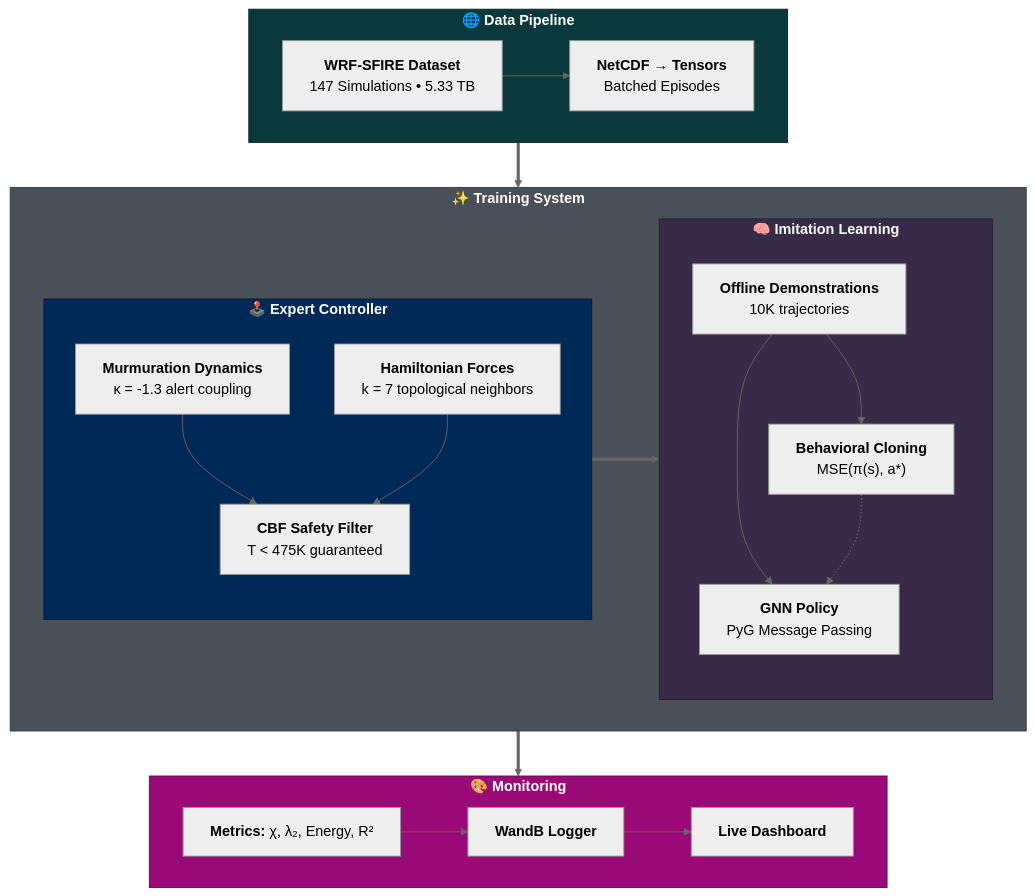
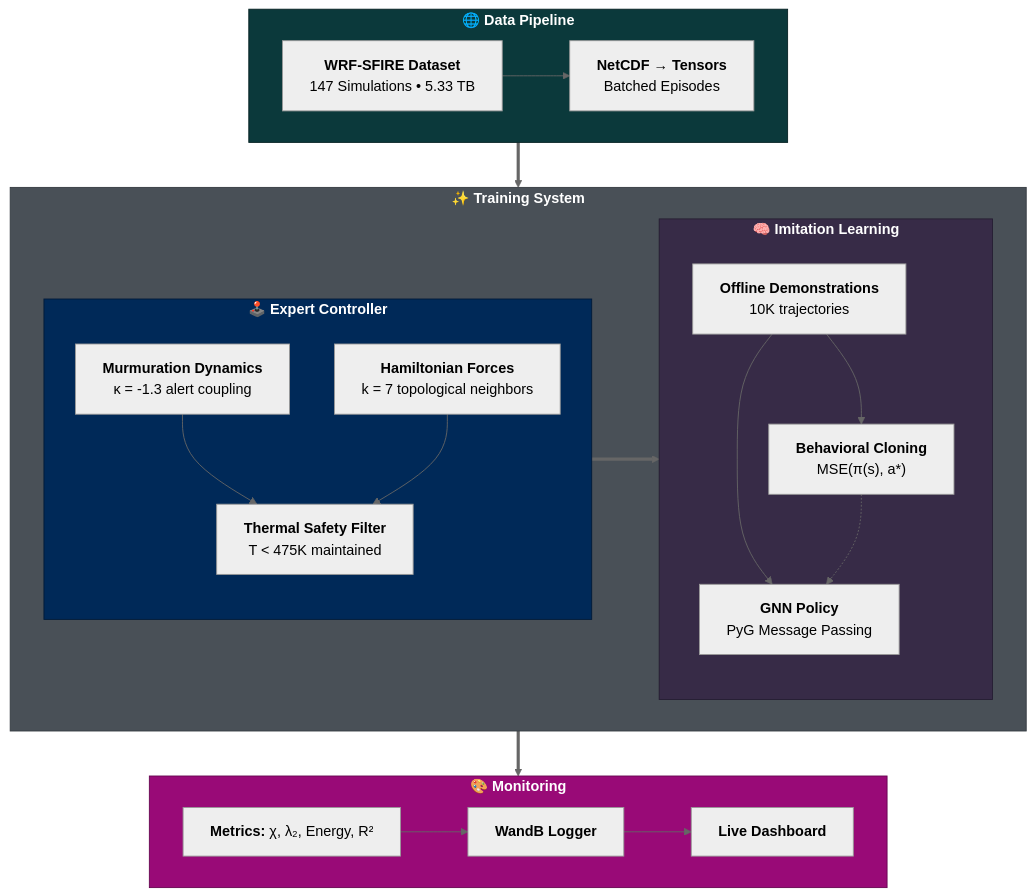
The diagram in README.md (Jybbs/Thermur), drawn with Mermaid (neutral theme) before and after one commit. The commit also changed other lines of this file and 10 other files, not shown here.

````diff
--- a/README.md
+++ b/README.md
@@ -75,48 +74,48 @@
 ```mermaid
 flowchart TB
     subgraph Data["🌐 <b>Data Pipeline</b>"]
         A["<b>WRF-SFIRE Dataset</b><br/>147 Simulations • 5.33 TB"]
         B["<b>NetCDF → Tensors</b><br/>Batched Episodes"]
         A --> B
     end
 
     subgraph Training["✨ <b>Training System</b>"]
         subgraph Expert["🕹️ <b>Expert Controller</b>"]
             direction TB
             C["<b>Murmuration Dynamics</b><br/>κ = -1.3 alert coupling"]
             D["<b>Hamiltonian Forces</b><br/>k = 7 topological neighbors"]
-            E["<b>CBF Safety Filter</b><br/>T < 475K guaranteed"]
+            E["<b>Thermal Safety Filter</b><br/>T < 475K maintained"]
             C --> E
             D --> E
         end
 
         subgraph Learning["🧠 <b>Imitation Learning</b>"]
             direction TB
             F["<b>Offline Demonstrations</b><br/>10K trajectories"]
             G["<b>GNN Policy</b><br/>PyG Message Passing"]
             H["<b>Behavioral Cloning</b><br/>MSE(π(s), a*)"]
             F --> G
             F --> H
         end
 
         E ==> F
         H -.-> G
     end
 
     subgraph Monitor["🎨 <b>Monitoring</b>"]
         I["<b>Metrics:</b> χ, λ₂, Energy, R²"]
         J["<b>WandB Logger</b>"]
         K["<b>Live Dashboard</b>"]
         I --> J
         J --> K
     end
 
     Data ==> Training
     Training ==> Monitor
 
     style Data fill:#0b393b,stroke:#052123,color:#fff
     style Training fill:#495057,stroke:#343a40,color:#fff
     style Expert fill:#002958,stroke:#001a39,color:#fff
     style Learning fill:#372B47,stroke:#251d32,color:#fff
     style Monitor fill:#990a77,stroke:#660550,color:#fff
 ```
````
